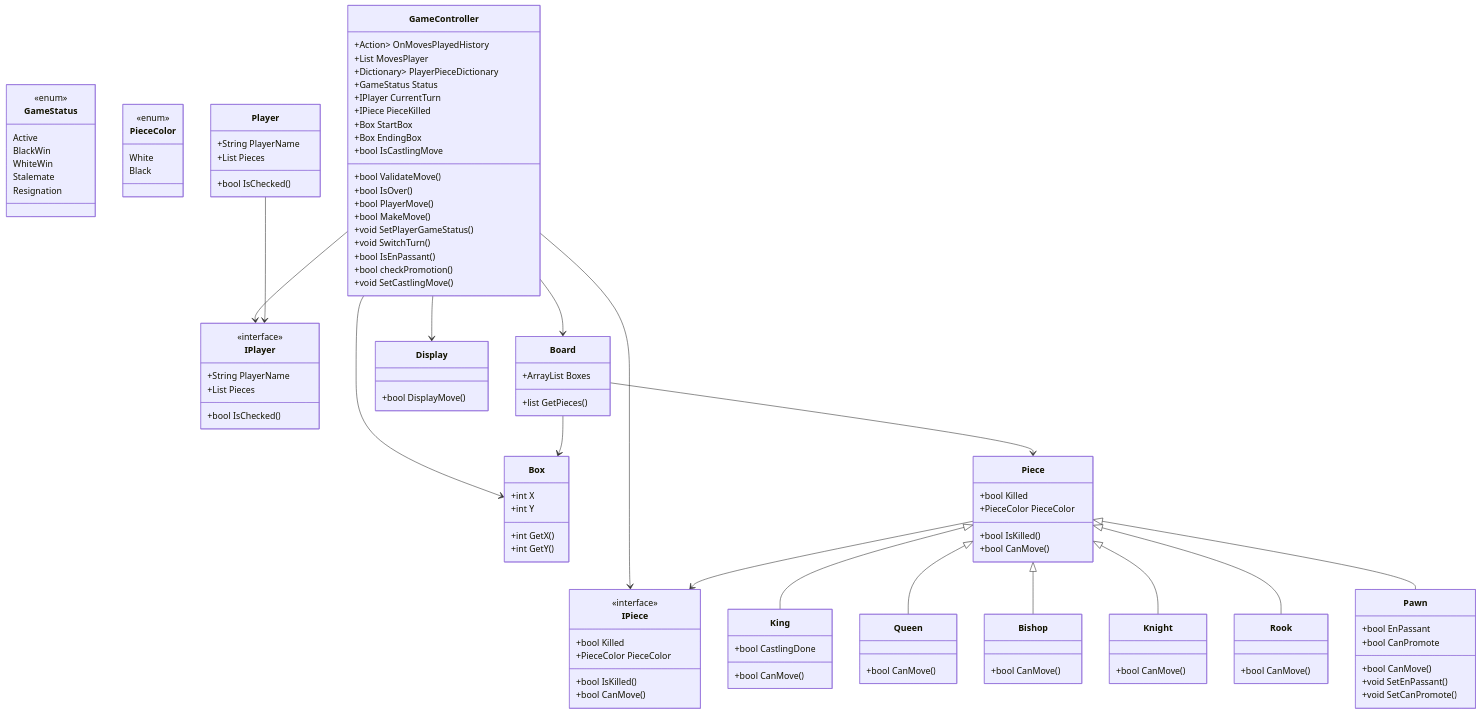
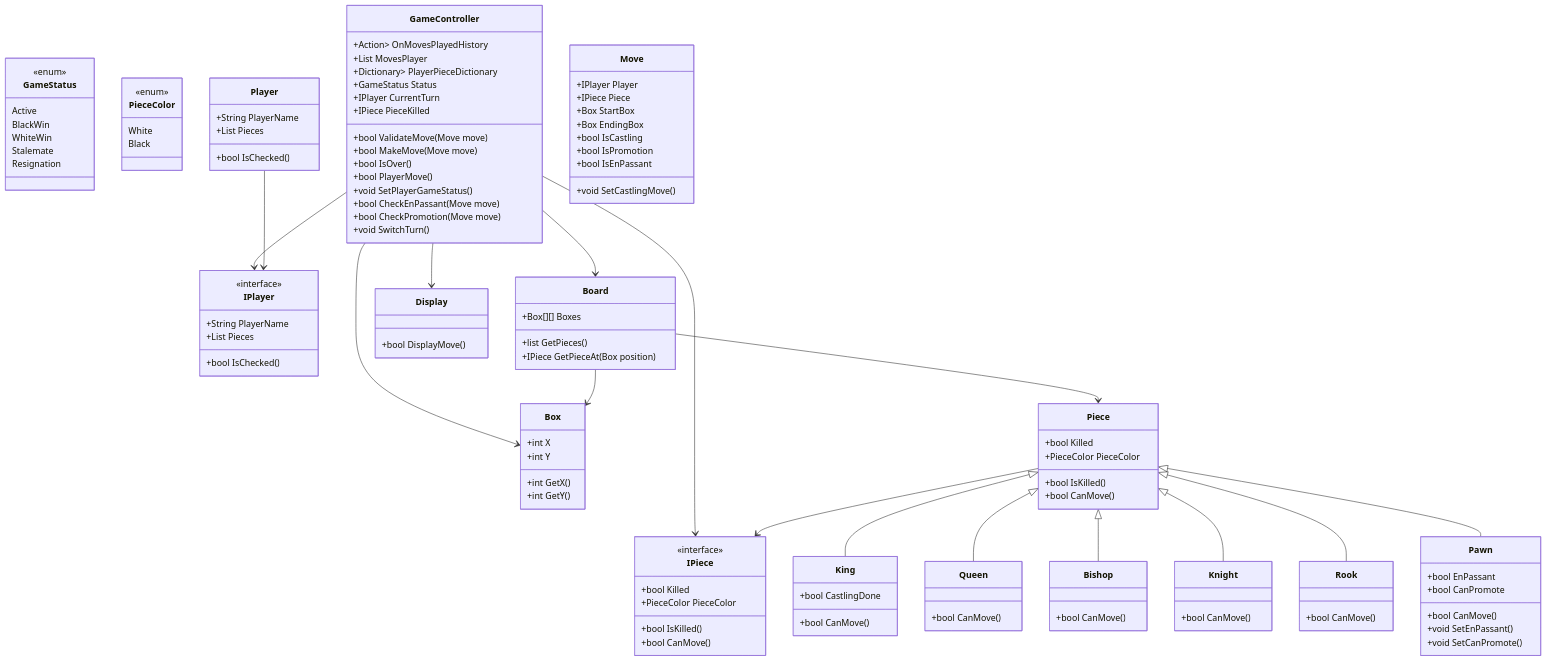
The diagram in Day8/ChessClassDiagram.mmd (haddinz/bootcamp-csharp), drawn with Mermaid before and after one commit.

```diff
--- a/Day8/ChessClassDiagram.mmd
+++ b/Day8/ChessClassDiagram.mmd
@@ -39,12 +39,6 @@
 
             +int GetX()
             +int GetY()
-        }
-
-        class Board {
-            +ArrayList<Box> Boxes
-
-            +list<IPiece> GetPieces()
         }
 
         class Piece {
@@ -93,25 +87,40 @@
             +bool IsChecked()
         }
 
+        class Board {
+            +Box[][] Boxes
+
+            +list<IPiece> GetPieces()
+            +IPiece GetPieceAt(Box position)
+        }
+
         class GameController {
-            +Action<List<IPlayer>> OnMovesPlayedHistory
-            +List<IPlayer> MovesPlayer
+            +Action<List<Move>> OnMovesPlayedHistory
+            +List<Move> MovesPlayer
             +Dictionary<IPlayer, List<IPiece>> PlayerPieceDictionary
             +GameStatus Status
             +IPlayer CurrentTurn
             +IPiece PieceKilled
+            
+            +bool ValidateMove(Move move)
+            +bool MakeMove(Move move)
+            +bool IsOver()
+            +bool PlayerMove()
+            +void SetPlayerGameStatus()
+            +bool CheckEnPassant(Move move)
+            +bool CheckPromotion(Move move)
+            +void SwitchTurn()
+        }
+
+        class Move {
+            +IPlayer Player
+            +IPiece Piece
             +Box StartBox
             +Box EndingBox
-            +bool IsCastlingMove
-            
-            +bool ValidateMove()
-            +bool IsOver()
-            +bool PlayerMove()
-            +bool MakeMove()
-            +void SetPlayerGameStatus()
-            +void SwitchTurn()
-            +bool IsEnPassant()
-            +bool checkPromotion()
+            +bool IsCastling
+            +bool IsPromotion
+            +bool IsEnPassant
+
             +void SetCastlingMove()
         }
 
```
